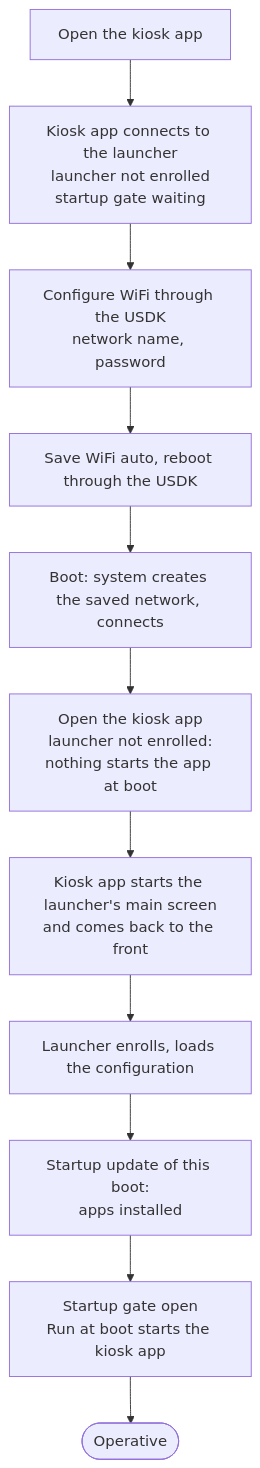
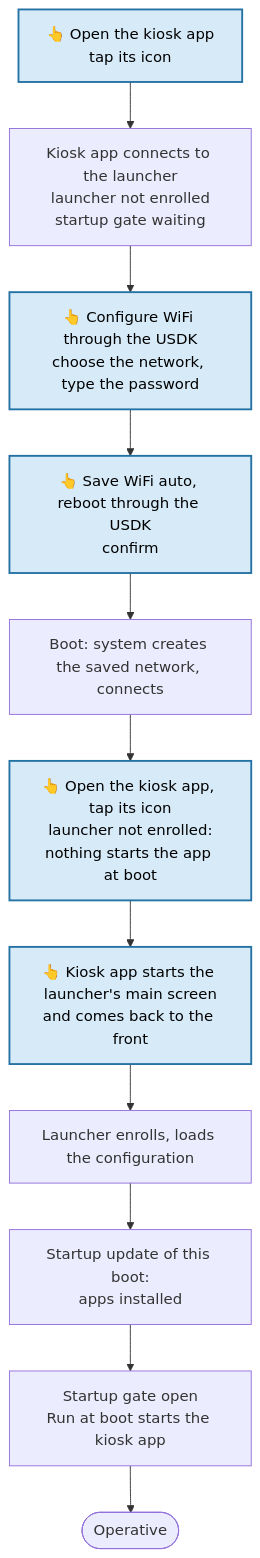
Before and after one commit to rch-fw/HmdmChangeDeviceNumber: the second of 4 diagrams in docs/wifi-setup.md, drawn with Mermaid. The commit also changed other lines of this file, not shown here.

Commit message:
Docs: highlight in blue the user interaction steps of the WiFi setup procedures

````diff
--- a/docs/wifi-setup.md
+++ b/docs/wifi-setup.md
@@ -182,13 +184,15 @@
 ```mermaid
 flowchart TD
-    A[Open the kiosk app] --> B[Kiosk app connects to the launcher<br/>launcher not enrolled<br/>startup gate waiting]
-    B --> C[Configure WiFi through the USDK<br/>network name, password]
-    C --> D[Save WiFi auto, reboot through the USDK]
+    A[👆 Open the kiosk app<br/>tap its icon] --> B[Kiosk app connects to the launcher<br/>launcher not enrolled<br/>startup gate waiting]
+    B --> C[👆 Configure WiFi through the USDK<br/>choose the network, type the password]
+    C --> D[👆 Save WiFi auto, reboot through the USDK<br/>confirm]
     D --> E[Boot: system creates the saved network, connects]
-    E --> F[Open the kiosk app<br/>launcher not enrolled:<br/>nothing starts the app at boot]
-    F --> G[Kiosk app starts the launcher's main screen<br/>and comes back to the front]
+    E --> F[👆 Open the kiosk app, tap its icon<br/>launcher not enrolled:<br/>nothing starts the app at boot]
+    F --> G[👆 Kiosk app starts the launcher's main screen<br/>and comes back to the front]
     G --> H[Launcher enrolls, loads the configuration]
     H --> I[Startup update of this boot:<br/>apps installed]
     I --> J[Startup gate open<br/>Run at boot starts the kiosk app]
     J --> K([Operative])
+    classDef user fill:#d6eaf8,stroke:#2471a3,stroke-width:2px,color:#000
+    class A,C,D,F,G user
 ```
````
